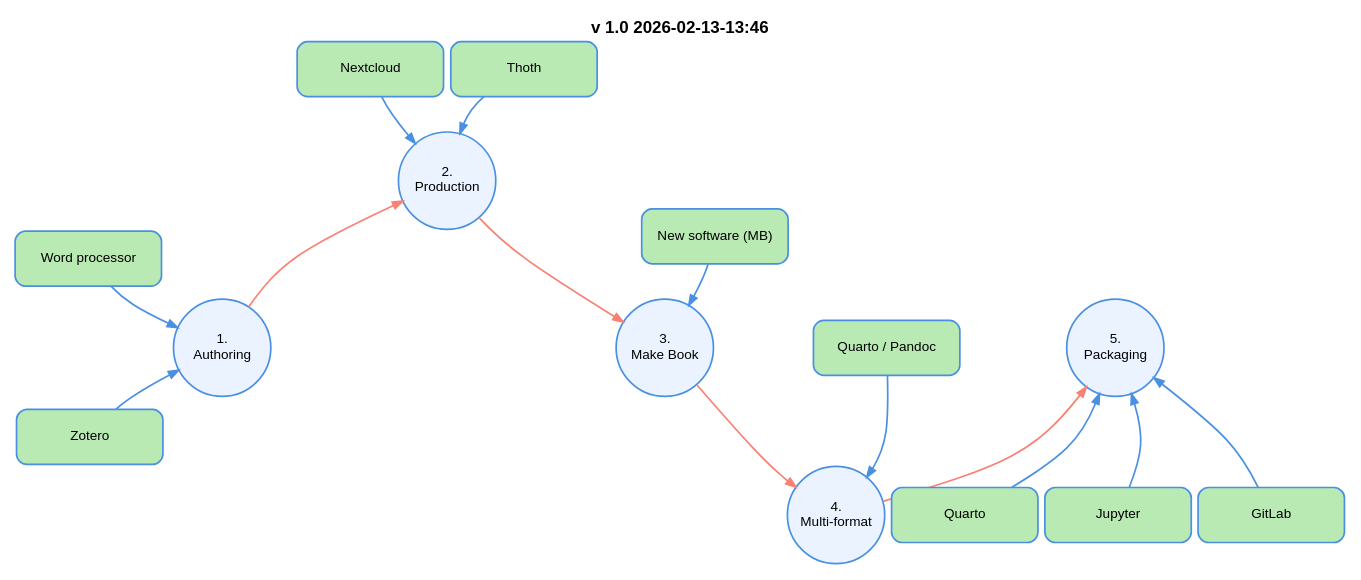
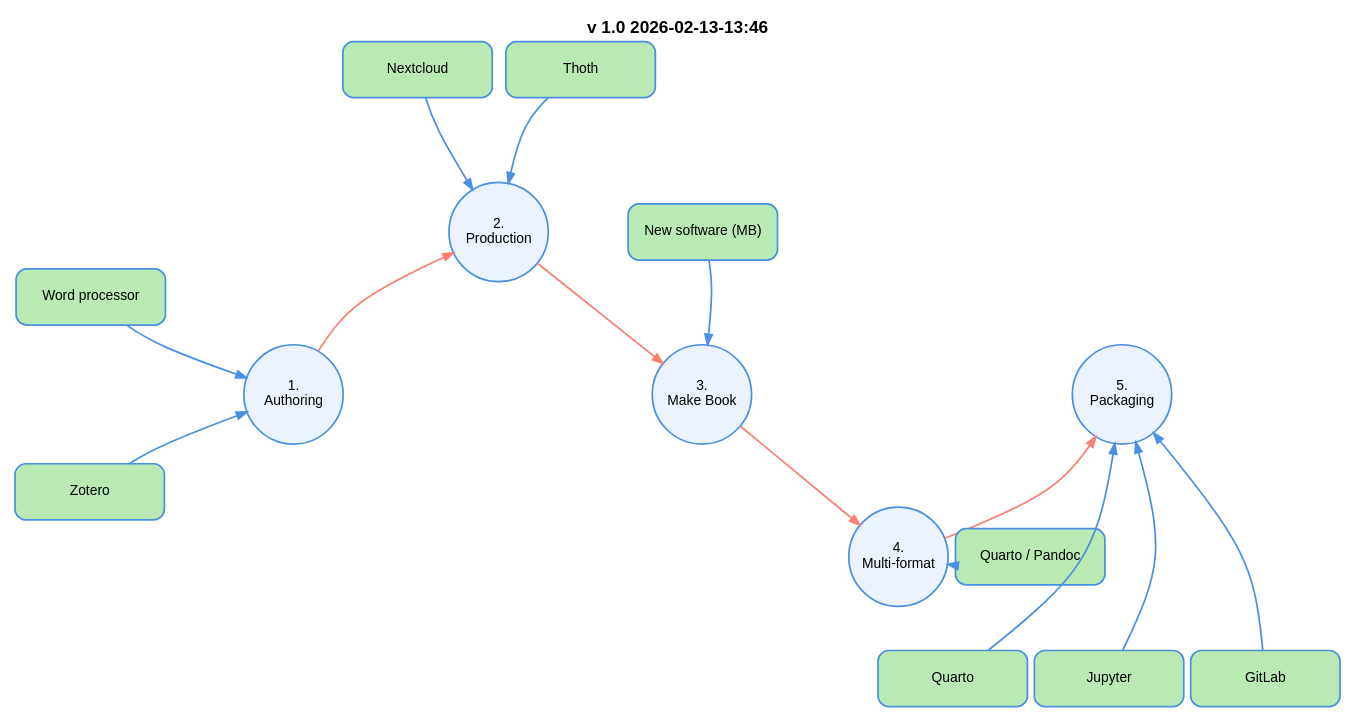
The diagram in diagrams/data.dot (mrchristian/NCP-slides), drawn with Graphviz before and after one commit. The commit also changed 5 other files, not shown here.

```diff
--- a/diagrams/data.dot
+++ b/diagrams/data.dot
@@ -1,74 +1,74 @@
 digraph main {
     layout=neato;
     bgcolor="white";
     splines=curved;
     overlap=false;  
-    nodesep=0.5;    
-    ranksep=0.75;   
+    nodesep=0.8;    
+    ranksep=1.0;   
 
     // Diagram label (version)
     label="v 1.0 2026-02-13-13:46";
-    labelloc="t";       // top
+    labelloc="t";
     fontsize=20;
     fontname="Helvetica-Bold";
 
     // A4 landscape in inches
     page="11.69,8.27";
     size="10.8,7.5!";
     margin=0.4;
 
     node [
         fontname="Helvetica",
         fontsize=16,
         penwidth=2,
         color="#4A90E2"
     ];
 
     // Workflow circle edges in salmon pink
     edge [color="#FA8072", penwidth=2, arrowsize=1.2];
 
-    // Main workflow circles
+    // Main workflow circles - repositioned for better spacing
     node [shape=circle, style=filled, width=1.6, fixedsize=true, fillcolor="#EAF3FF"];
     n1 [label="1.\nAuthoring", pos="0,0!"];
-    n2 [label="2.\nProduction", pos="2,1.5!"];
-    n3 [label="3.\nMake Book", pos="4,0!"];
-    n4 [label="4.\nMulti-format", pos="6,-1.5!"];
-    n5 [label="5.\nPackaging", pos="8,0!"];
+    n2 [label="2.\nProduction", pos="2.5,2!"];
+    n3 [label="3.\nMake Book", pos="5,0!"];
+    n4 [label="4.\nMulti-format", pos="7.5,-2!"];
+    n5 [label="5.\nPackaging", pos="10,0!"];
 
-    n1 -> n2 [minlen=2];
-    n2 -> n3 [minlen=2];
-    n3 -> n4 [minlen=2];
-    n4 -> n5 [minlen=2];
+    n1 -> n2;
+    n2 -> n3;
+    n3 -> n4;
+    n4 -> n5;
 
     // Tool/system boxes (green)
     node [shape=box, style="rounded,filled", fillcolor="#B9EAB3", width=2.4, height=0.9];
-    edge [color="#4A90E2", penwidth=2, arrowsize=1.2];  // tool/system links in blue
+    edge [color="#4A90E2", penwidth=2, arrowsize=1.2];
 
-    // Authoring tools
-    wp  [label="Word processor", pos="-1.2,0.8!"];
-    zot [label="Zotero", pos="-1.2,-0.8!"];
-    wp  -> n1 [minlen=1.5];
-    zot -> n1 [minlen=1.5];
+    // Authoring tools - positioned further away
+    wp  [label="Word processor", pos="-2.5,1.2!"];
+    zot [label="Zotero", pos="-2.5,-1.2!"];
+    wp  -> n1;
+    zot -> n1;
 
-    // Production systems
-    nc  [label="Nextcloud", pos="1.5,2.5!"];
-    th  [label="Thoth", pos="2.5,2.5!"];
-    nc -> n2 [minlen=1.5];
-    th -> n2 [minlen=1.5];
+    // Production systems - positioned above to avoid main workflow arrow
+    nc  [label="Nextcloud", pos="1.5,4!"];
+    th  [label="Thoth", pos="3.5,4!"];
+    nc -> n2;
+    th -> n2;
 
-    // Make Book software
-    nos [label="New software (MB)", pos="4.4,1!"];
-    nos -> n3 [minlen=1.5];
+    // Make Book software - positioned above to avoid arrows
+    nos [label="New software (MB)", pos="5,2!"];
+    nos -> n3;
 
-    // Multi-format tool
-    qp  [label="Quarto / Pandoc", pos="6.2,0!"];
-    qp -> n4 [minlen=1.5];
+    // Multi-format tool - positioned to the right
+    qp  [label="Quarto / Pandoc", pos="9,-2!"];
+    qp -> n4;
 
-    // Packaging tools
-    qpk [label="Quarto",  pos="7.5,-1.5!"];
-    jup [label="Jupyter", pos="8,-1.5!"];
-    gl  [label="GitLab",  pos="8.5,-1.5!"];
-    qpk -> n5 [minlen=1.5];
-    jup -> n5 [minlen=1.5];
-    gl  -> n5 [minlen=1.5];
+    // Packaging tools - positioned below with more spacing
+    qpk [label="Quarto",  pos="9,-3.5!"];
+    jup [label="Jupyter", pos="10,-3.5!"];
+    gl  [label="GitLab",  pos="11,-3.5!"];
+    qpk -> n5;
+    jup -> n5;
+    gl  -> n5;
 }
```
